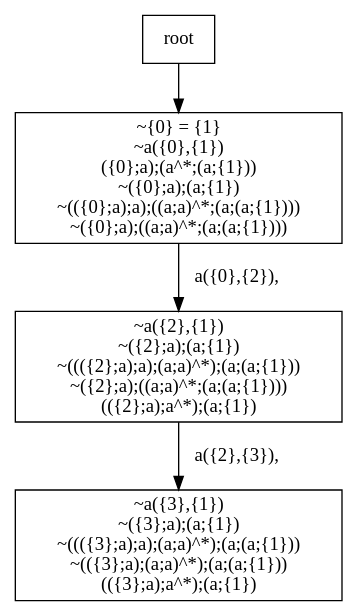
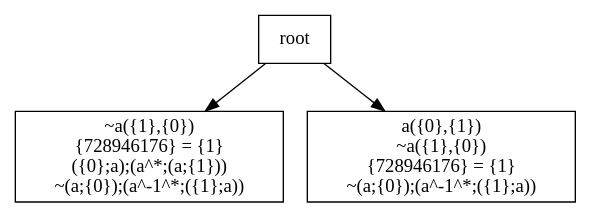
The diagram in output/regular-debug.dot (jangreen/rat), drawn with Graphviz before and after one commit. The commit also changed 6 other files, not shown here.

```diff
--- a/output/regular-debug.dot
+++ b/output/regular-debug.dot
@@ -1,27 +1,15 @@
 digraph {
 node[shape="box"]
-N0x13d6420c0[label="~{0} = {1}
-~a({0},{1})
+N0x12d104d40[label="~a({1},{0})
+{728946176} = {1}
 ({0};a);(a^*;(a;{1}))
-~({0};a);(a;{1})
-~(({0};a);a);((a;a)^*;(a;(a;{1})))
-~({0};a);((a;a)^*;(a;(a;{1})))
+~(a;{0});(a^-1^*;({1};a))
 "];
-N0x13d6420c0 -> N0x13d649910[label="a({0},{2}), 
+root -> N0x12d104d40;
+N0x12d104e70[label="a({0},{1})
+~a({1},{0})
+{728946176} = {1}
+~(a;{0});(a^-1^*;({1};a))
 "];
-N0x13d649910[label="~a({2},{1})
-~({2};a);(a;{1})
-~((({2};a);a);(a;a)^*);(a;(a;{1}))
-~({2};a);((a;a)^*;(a;(a;{1})))
-(({2};a);a^*);(a;{1})
-"];
-N0x13d649910 -> N0x13d7156d0[label="a({2},{3}), 
-"];
-N0x13d7156d0[label="~a({3},{1})
-~({3};a);(a;{1})
-~((({3};a);a);(a;a)^*);(a;(a;{1}))
-~(({3};a);(a;a)^*);(a;(a;{1}))
-(({3};a);a^*);(a;{1})
-"];
-root -> N0x13d6420c0;
+root -> N0x12d104e70;
 }
```
